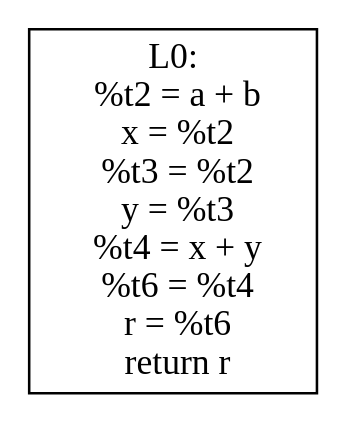
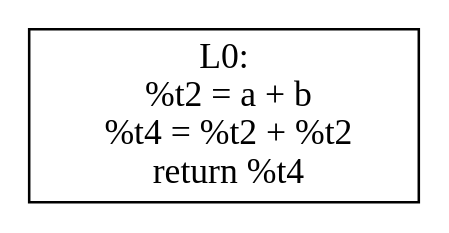
Before and after one commit to filimonq/tvdsl: the diagram in homeworks/hw04/output/arithmetic/after_0_cfg.dot, drawn with Graphviz. The commit also changed 11 other files, not shown here.

```diff
--- a/homeworks/hw04/output/arithmetic/after_0_cfg.dot
+++ b/homeworks/hw04/output/arithmetic/after_0_cfg.dot
@@ -1,3 +1,3 @@
 digraph cfg {
-  B0 [shape=box,label="L0:\n  %t2 = a + b\n  x = %t2\n  %t3 = %t2\n  y = %t3\n  %t4 = x + y\n  %t6 = %t4\n  r = %t6\n  return r"];
+  B0 [shape=box,label="L0:\n  %t2 = a + b\n  %t4 = %t2 + %t2\n  return %t4"];
 }
```
